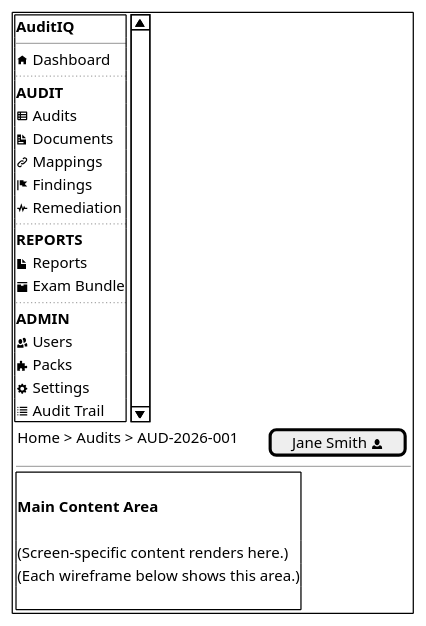
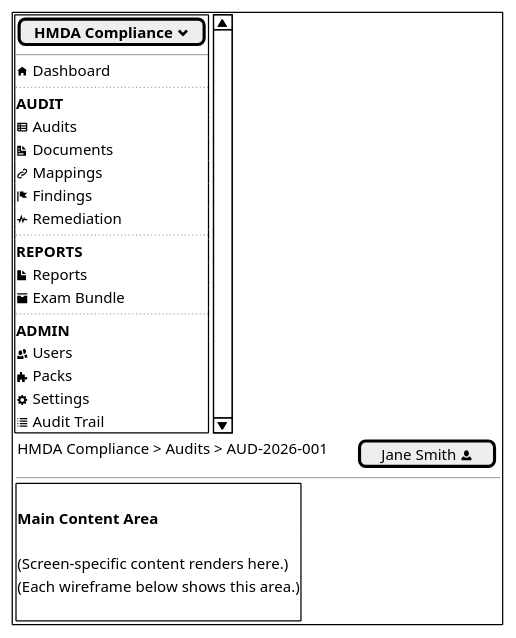
The tenth of 10 diagrams in src/docs/asciidoc/auditiq-product-architecture-delivery-plan/workflow-screen-guide/index.adoc (epieczko-re/audit-iq-docs), drawn with PlantUML before and after one commit. The commit also changed other lines of this file and 1 other file, not shown here.

```diff
--- a/src/docs/asciidoc/auditiq-product-architecture-delivery-plan/workflow-screen-guide/index.adoc
+++ b/src/docs/asciidoc/auditiq-product-architecture-delivery-plan/workflow-screen-guide/index.adoc
@@ -949,44 +967,44 @@
 [plantuml]
 ----
 @startsalt
 {+
   {
     {SI
-      <b>AuditIQ</b>
+      [<b>HMDA Compliance</b> <&chevron-bottom>]
       --
       <&home> Dashboard
       ..
       <b>AUDIT</b>
       <&spreadsheet> Audits
       <&document> Documents
       <&link-intact> Mappings
       <&flag> Findings
       <&pulse> Remediation
       ..
       <b>REPORTS</b>
       <&file> Reports
       <&box> Exam Bundle
       ..
       <b>ADMIN</b>
       <&people> Users
       <&puzzle-piece> Packs
       <&cog> Settings
       <&list> Audit Trail
     }
     |
     {
-      { Home > Audits > AUD-2026-001 | . | . | . | . | [Jane Smith <&person>] }
+      { HMDA Compliance > Audits > AUD-2026-001 | . | . | . | . | [Jane Smith <&person>] }
       ---
       {+
         .
         <b>Main Content Area</b>
         .
         (Screen-specific content renders here.)
         (Each wireframe below shows this area.)
         .
       }
     }
   }
 }
 @endsalt
 ----
```
